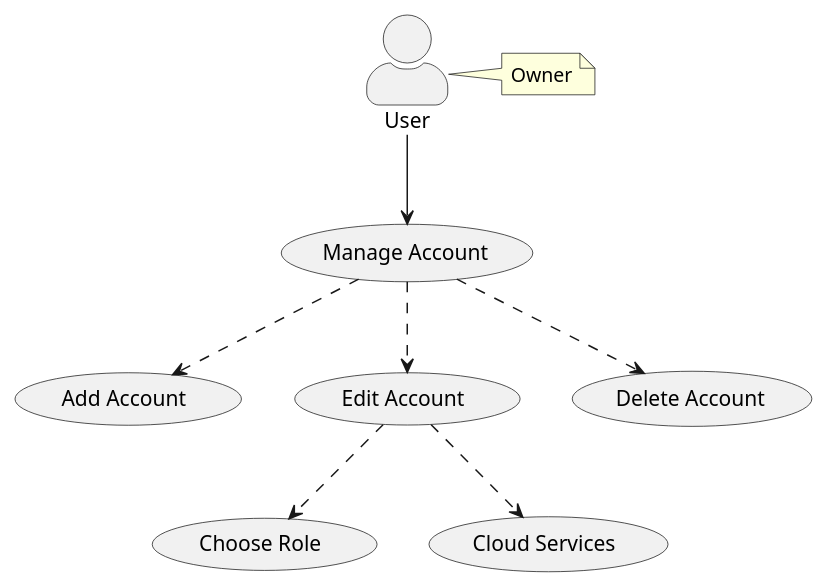
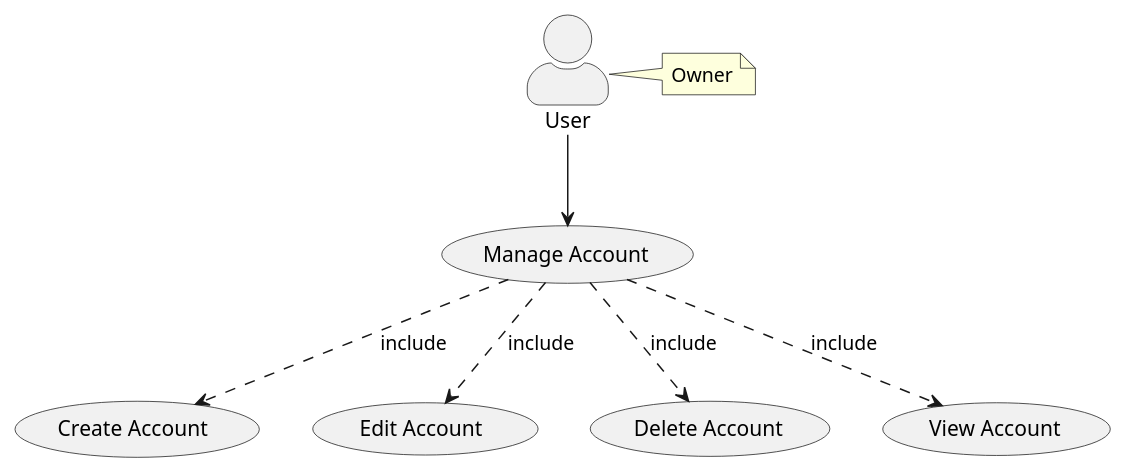
One commit to felixnguyen678/f0-capstone-project-backend changed the diagram in docs/use-case-diagrams/manage-account.usecase.puml. Above: the diagram before and after it, drawn with PlantUML.

Commit message:
FCP 11 | implement manage account use case (edited)

```diff
--- a/docs/use-case-diagrams/manage-account.usecase.puml
+++ b/docs/use-case-diagrams/manage-account.usecase.puml
@@ -1,22 +1,20 @@
 @startuml
 
 skinparam actorStyle awesome
 "User" as User
 ( Manage Account) as ManageAccount
-( Add Account ) as AddAccount
+( Create Account ) as CreateAccount
 ( Edit Account ) as EditAccount
 ( Delete Account) as DeleteAccount
-( Choose Role ) as  ChooseRole
-( Cloud Services ) as CloudServices
+( View Account) as ViewAccount
 
 User --> ManageAccount
-(ManageAccount) ..> EditAccount 
-(ManageAccount) ..> AddAccount
-(ManageAccount) ..> DeleteAccount
-(EditAccount) ..> ChooseRole
-(EditAccount) ..> CloudServices
+(ManageAccount) ..> EditAccount : include
+(ManageAccount) ..> CreateAccount : include
+(ManageAccount) ..> DeleteAccount : include
+(ManageAccount) ..> ViewAccount : include
 note right of User:   Owner 
 
 
 
 @enduml
```
